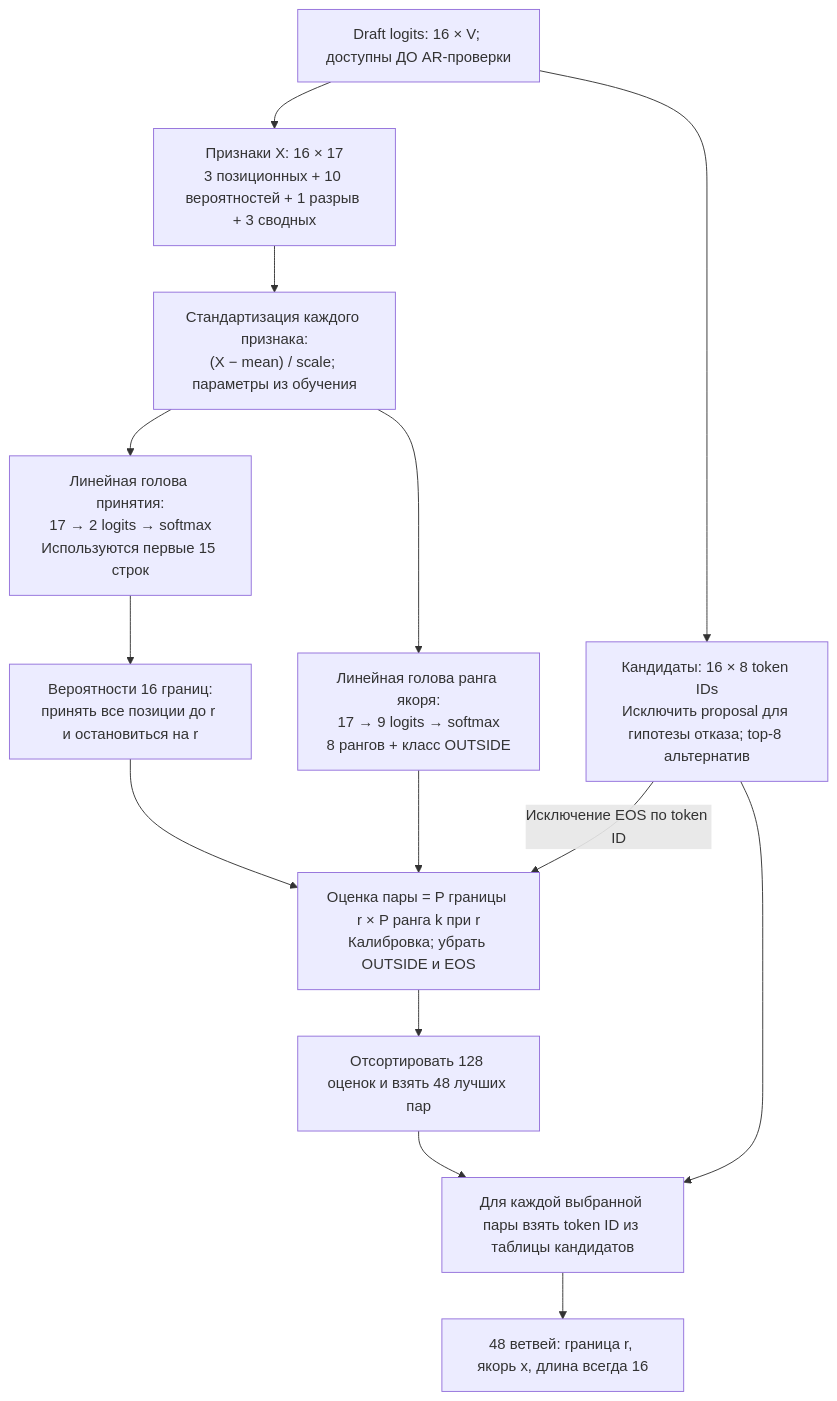
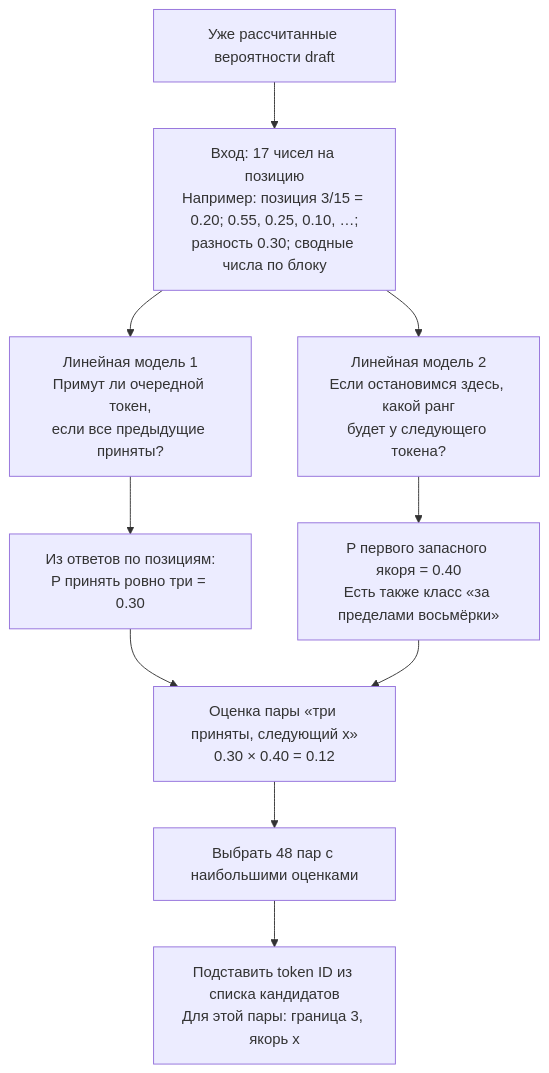
Before and after one commit to Pumponchik/orthrus-parallel: the second of 2 diagrams in README.md, drawn with Mermaid. The commit also changed other lines of this file and 8 other files, not shown here.

````diff
--- a/README.md
+++ b/README.md
@@ -87,17 +52,12 @@
 ```mermaid
-flowchart TD
-    L["Draft logits: 16 × V; доступны ДО AR-проверки"]
-    L --> X["Признаки X: 16 × 17<br/>3 позиционных + 10 вероятностей + 1 разрыв + 3 сводных"]
-    L --> C["Кандидаты: 16 × 8 token IDs<br/>Исключить proposal для гипотезы отказа; top-8 альтернатив"]
-    X --> Z["Стандартизация каждого признака:<br/>(X − mean) / scale; параметры из обучения"]
-    Z --> H["Линейная голова принятия:<br/>17 → 2 logits → softmax<br/>Используются первые 15 строк"]
-    Z --> K["Линейная голова ранга якоря:<br/>17 → 9 logits → softmax<br/>8 рангов + класс OUTSIDE"]
-    H --> R["Вероятности 16 границ:<br/>принять все позиции до r и остановиться на r"]
-    R --> Q["Оценка пары = P границы r × P ранга k при r<br/>Калибровка; убрать OUTSIDE и EOS"]
+flowchart TB
+    I["Уже рассчитанные вероятности draft"] --> X["Вход: 17 чисел на позицию<br/>Например: позиция 3/15 = 0.20; 0.55, 0.25, 0.10, …;<br/>разность 0.30; сводные числа по блоку"]
+    X --> A["Линейная модель 1<br/>Примут ли очередной токен,<br/>если все предыдущие приняты?"]
+    X --> B["Линейная модель 2<br/>Если остановимся здесь, какой ранг<br/>будет у следующего токена?"]
+    A --> R["Из ответов по позициям:<br/>P принять ровно три = 0.30"]
+    B --> K["P первого запасного якоря = 0.40<br/>Есть также класс «за пределами восьмёрки»"]
+    R --> Q["Оценка пары «три приняты, следующий x»<br/>0.30 × 0.40 = 0.12"]
     K --> Q
-    C -->|Исключение EOS по token ID| Q
-    Q --> O["Отсортировать 128 оценок и взять 48 лучших пар"]
-    C --> I["Для каждой выбранной пары взять token ID из таблицы кандидатов"]
-    O --> I
-    I --> B["48 ветвей: граница r, якорь x, длина всегда 16"]
+    Q --> T["Выбрать 48 пар с наибольшими оценками"]
+    T --> O["Подставить token ID из списка кандидатов<br/>Для этой пары: граница 3, якорь x"]
 ```
````
